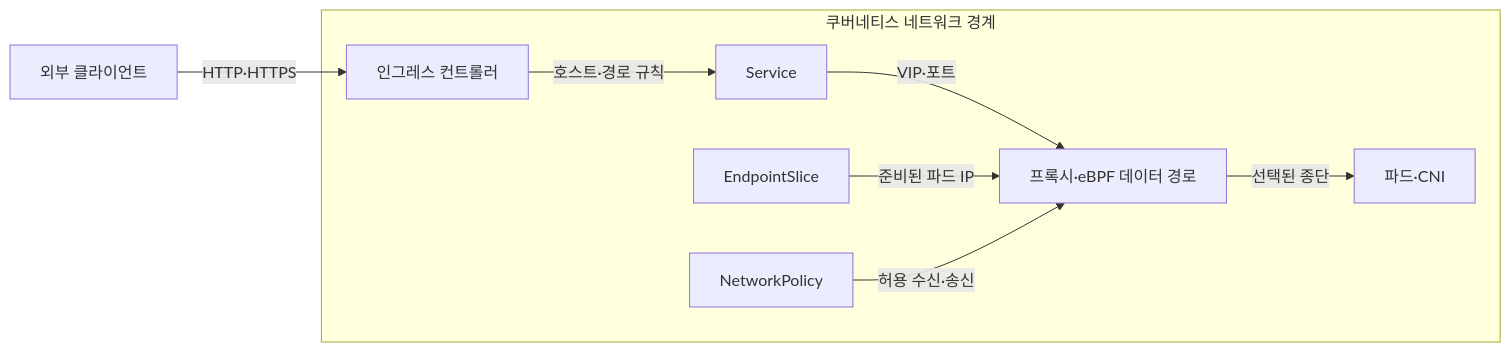
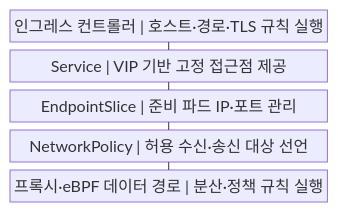
Before and after one commit to agnusdei1207/knowledge-base: the first of 2 diagrams in src/content/docs/notes/04-network/062_kubernetes_networking.md, drawn with Mermaid. The commit also changed other lines of this file and 20 other files, not shown here.

````diff
--- a/src/content/docs/notes/04-network/062_kubernetes_networking.md
+++ b/src/content/docs/notes/04-network/062_kubernetes_networking.md
@@ -62,18 +62,13 @@
 ```mermaid
-flowchart LR
-    CLIENT[외부 클라이언트]
-    subgraph K[쿠버네티스 네트워크 경계]
-        ING[인그레스 컨트롤러]
-        SVC[Service]
-        EP[EndpointSlice]
-        NP[NetworkPolicy]
-        DP[프록시·eBPF 데이터 경로]
-        POD[파드·CNI]
-        ING -->|호스트·경로 규칙| SVC
-        SVC -->|VIP·포트| DP
-        EP -->|준비된 파드 IP| DP
-        NP -->|허용 수신·송신| DP
-        DP -->|선택된 종단| POD
-    end
-    CLIENT -->|HTTP·HTTPS| ING
+block
+    columns 1
+    A["인그레스 컨트롤러 | 호스트·경로·TLS 규칙 실행"]
+    B["Service | VIP 기반 고정 접근점 제공"]
+    C["EndpointSlice | 준비 파드 IP·포트 관리"]
+    D["NetworkPolicy | 허용 수신·송신 대상 선언"]
+    E["프록시·eBPF 데이터 경로 | 분산·정책 규칙 실행"]
+    A --- B
+    B --- C
+    C --- D
+    D --- E
 ```
````
